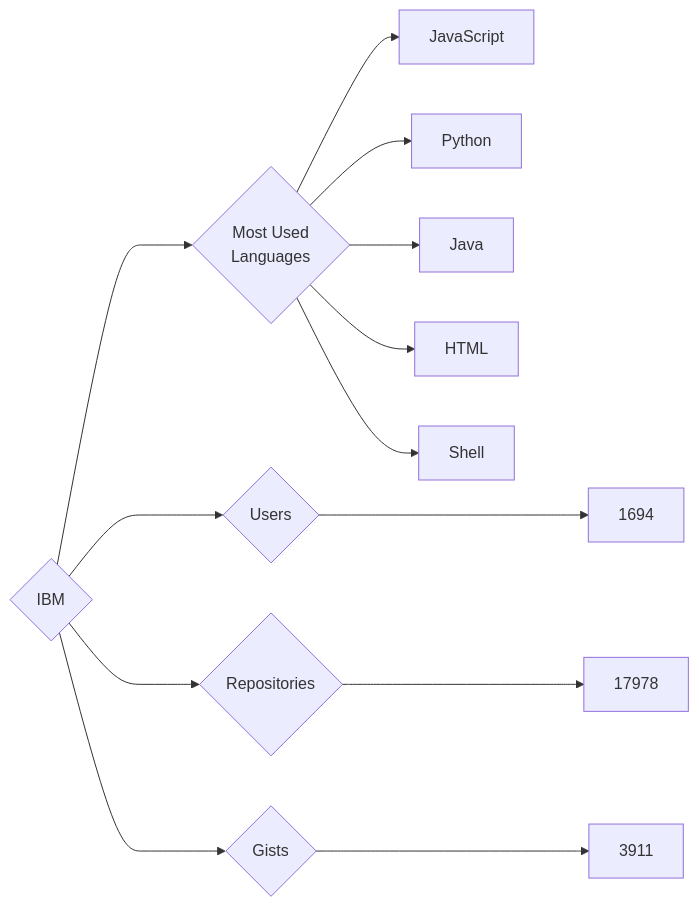
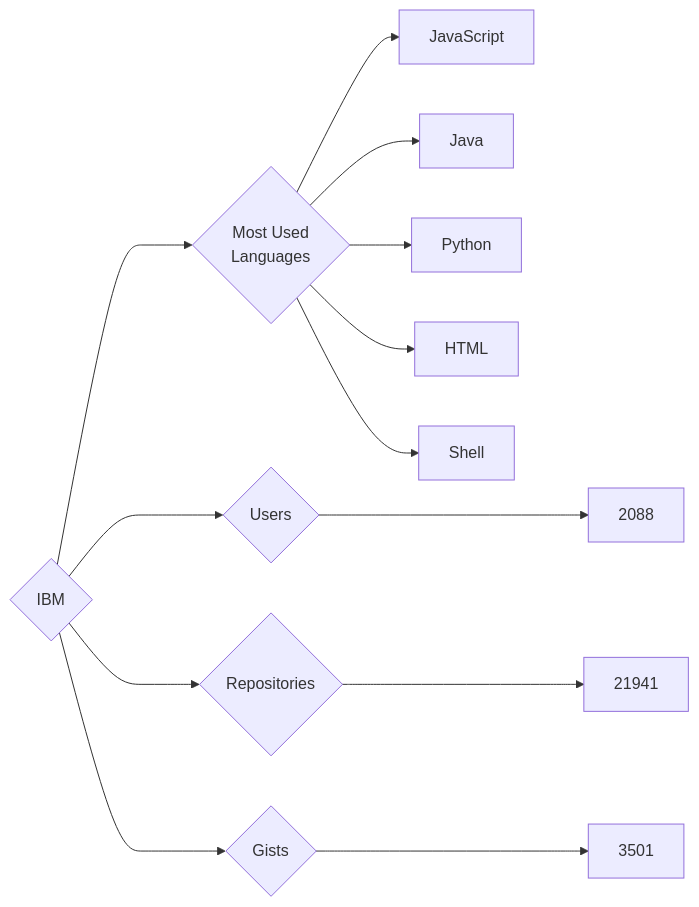
The diagram in targets/IBM/README.md (trickest/insiders), drawn with Mermaid before and after one commit. The commit also changed 845 other files, not shown here.

````diff
--- a/targets/IBM/README.md
+++ b/targets/IBM/README.md
@@ -3,13 +3,13 @@
 ```mermaid
 graph LR
 COMPANY_NAME{IBM}
-COMPANY_NAME ---> U{Users} ---> UN[1694]
-COMPANY_NAME ---> R{Repositories} ---> RN[17978]
-COMPANY_NAME ---> G{Gists} ---> GN[3911]
+COMPANY_NAME ---> U{Users} ---> UN[2088]
+COMPANY_NAME ---> R{Repositories} ---> RN[21941]
+COMPANY_NAME ---> G{Gists} ---> GN[3501]
 COMPANY_NAME ---> ML{Most Used<br>Languages}
 ML --> JavaScript[JavaScript]
+ML --> Java[Java]
 ML --> Python[Python]
-ML --> Java[Java]
 ML --> HTML[HTML]
 ML --> Shell[Shell]
 ```
````
